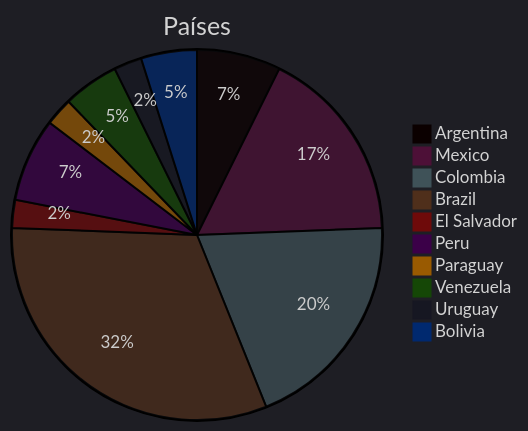
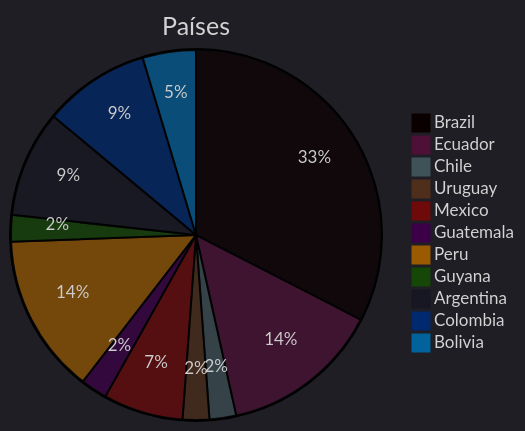
One commit to ZoqueLabs/website changed the first of 5 diagrams in exfiltradaz.md. Above: the diagram before and after it, drawn with Mermaid. The commit also changed other lines of this file, not shown here.

````diff
--- a/exfiltradaz.md
+++ b/exfiltradaz.md
@@ -54,17 +55,18 @@
 ```mermaid
 ---
 config:
   theme: dark
 ---
 pie title Países
-  "Argentina" : 3
-  "Mexico" : 7
-  "Colombia" : 8
-  "Brazil" : 13
-  "El Salvador" : 1
-  "Peru" : 3
-  "Paraguay" : 1
-  "Venezuela" : 2
+  "Brazil" : 14
+  "Ecuador" : 6
+  "Chile" : 1
   "Uruguay" : 1
+  "Mexico" : 3
+  "Guatemala" : 1
+  "Peru" : 6
+  "Guyana" : 1
+  "Argentina" : 4
+  "Colombia" : 4
   "Bolivia" : 2
 ```
````
